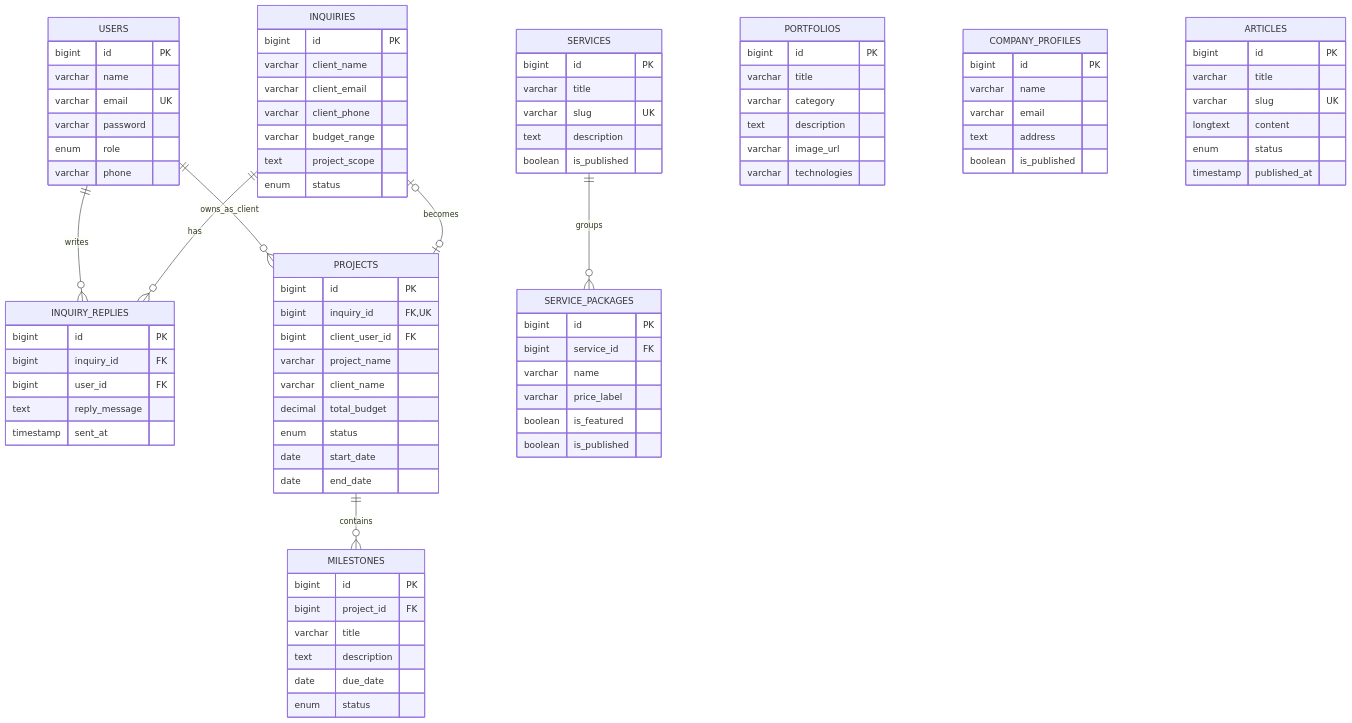
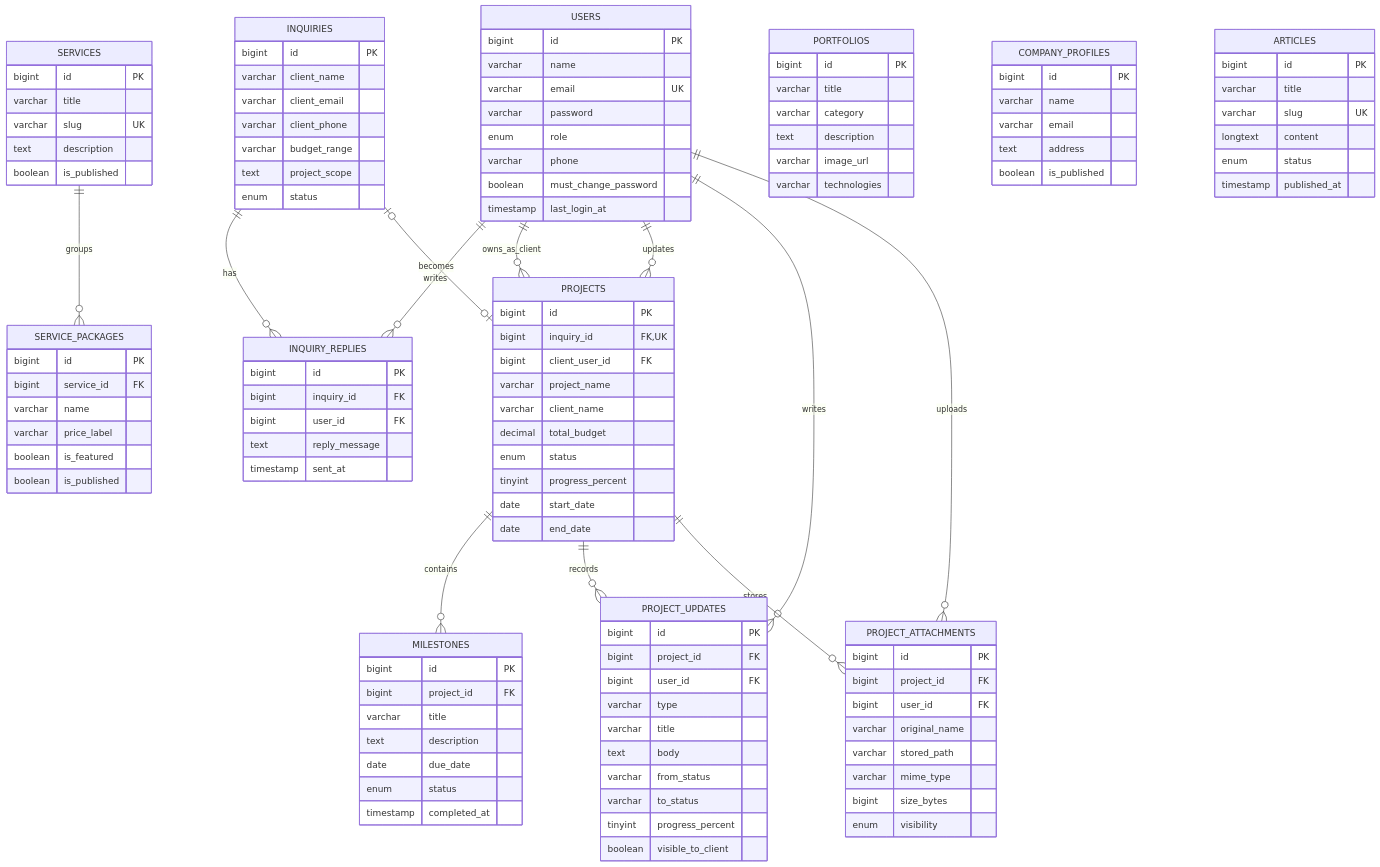
Before and after one commit to phannaphat2006/montopia: the diagram in docs/SYSTEM-ARCHITECTURE.md, drawn with Mermaid. The commit also changed other lines of this file and 36 other files, not shown here.

```diff
--- a/docs/SYSTEM-ARCHITECTURE.md
+++ b/docs/SYSTEM-ARCHITECTURE.md
@@ -39,9 +39,14 @@
 erDiagram
     USERS ||--o{ INQUIRY_REPLIES : writes
     USERS ||--o{ PROJECTS : owns_as_client
+    USERS ||--o{ PROJECTS : updates
+    USERS ||--o{ PROJECT_UPDATES : writes
+    USERS ||--o{ PROJECT_ATTACHMENTS : uploads
     INQUIRIES ||--o{ INQUIRY_REPLIES : has
     INQUIRIES o|--o| PROJECTS : becomes
     PROJECTS ||--o{ MILESTONES : contains
+    PROJECTS ||--o{ PROJECT_UPDATES : records
+    PROJECTS ||--o{ PROJECT_ATTACHMENTS : stores
     SERVICES ||--o{ SERVICE_PACKAGES : groups
 
     USERS {
@@ -51,6 +56,8 @@
         varchar password
         enum role
         varchar phone
+        boolean must_change_password
+        timestamp last_login_at
     }
     PORTFOLIOS {
         bigint id PK
@@ -84,6 +91,7 @@
         varchar client_name
         decimal total_budget
         enum status
+        tinyint progress_percent
         date start_date
         date end_date
     }
@@ -94,6 +102,29 @@
         text description
         date due_date
         enum status
+        timestamp completed_at
+    }
+    PROJECT_UPDATES {
+        bigint id PK
+        bigint project_id FK
+        bigint user_id FK
+        varchar type
+        varchar title
+        text body
+        varchar from_status
+        varchar to_status
+        tinyint progress_percent
+        boolean visible_to_client
+    }
+    PROJECT_ATTACHMENTS {
+        bigint id PK
+        bigint project_id FK
+        bigint user_id FK
+        varchar original_name
+        varchar stored_path
+        varchar mime_type
+        bigint size_bytes
+        enum visibility
     }
     COMPANY_PROFILES {
         bigint id PK
```
